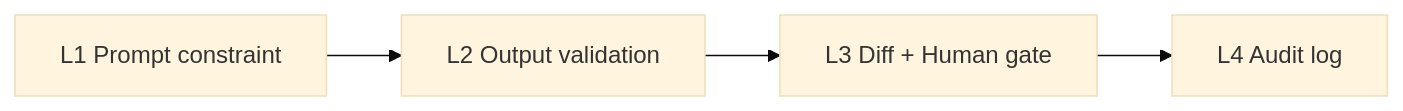
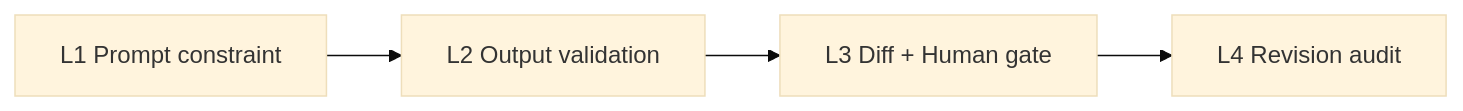
One commit to Tai-TZ/arionear-ai-paper-editor changed the diagram in docs/GUARDRAILS.md. Above: the diagram before and after it, drawn with Mermaid (base theme). The commit also changed other lines of this file and 1 other file, not shown here.

````diff
--- a/docs/GUARDRAILS.md
+++ b/docs/GUARDRAILS.md
@@ -7,6 +9,6 @@
 ```mermaid
 flowchart LR
     L1[L1 Prompt constraint] --> L2[L2 Output validation]
     L2 --> L3[L3 Diff + Human gate]
-    L3 --> L4[L4 Audit log]
+    L3 --> L4[L4 Revision audit]
 ```
````
